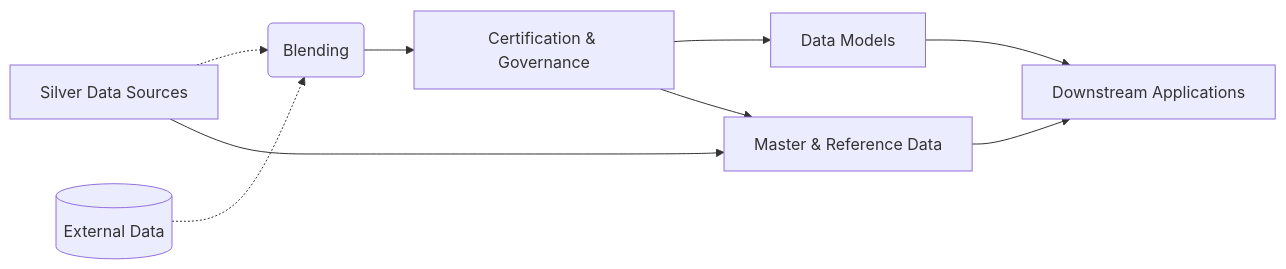
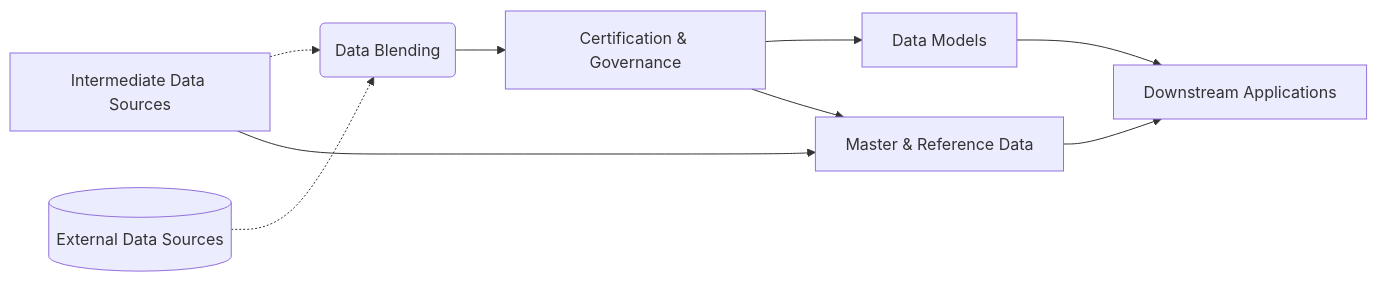
One commit to mgorav/MedallionArchitecture changed the eighth of 18 diagrams in readme.md. Above: the diagram before and after it, drawn with Mermaid. The commit also changed other lines of this file and 1 other file, not shown here.

````diff
--- a/readme.md
+++ b/readme.md
@@ -177,10 +170,10 @@
 ```mermaid
 graph LR
-SI[Silver Data Sources] -.-> BL(Blending)
+SI[Intermediate Data Sources] -.-> BL(Data Blending)
 BL --> CG[Certification & Governance]
 SI --> MD[Master & Reference Data] 
-EXT[(External Data)] -.-> BL
+EXT[(External Data Sources)] -.-> BL
 CG --> DM[Data Models]  
 CG --> MD
 DM & MD --> DA[Downstream Applications]
 ```
````
